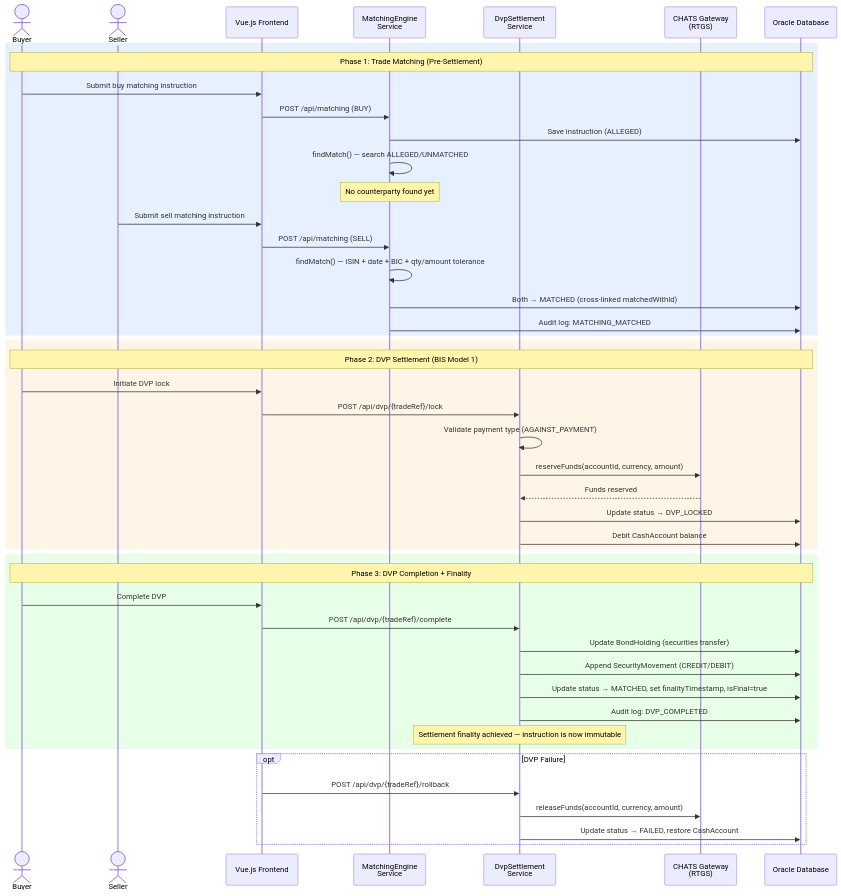
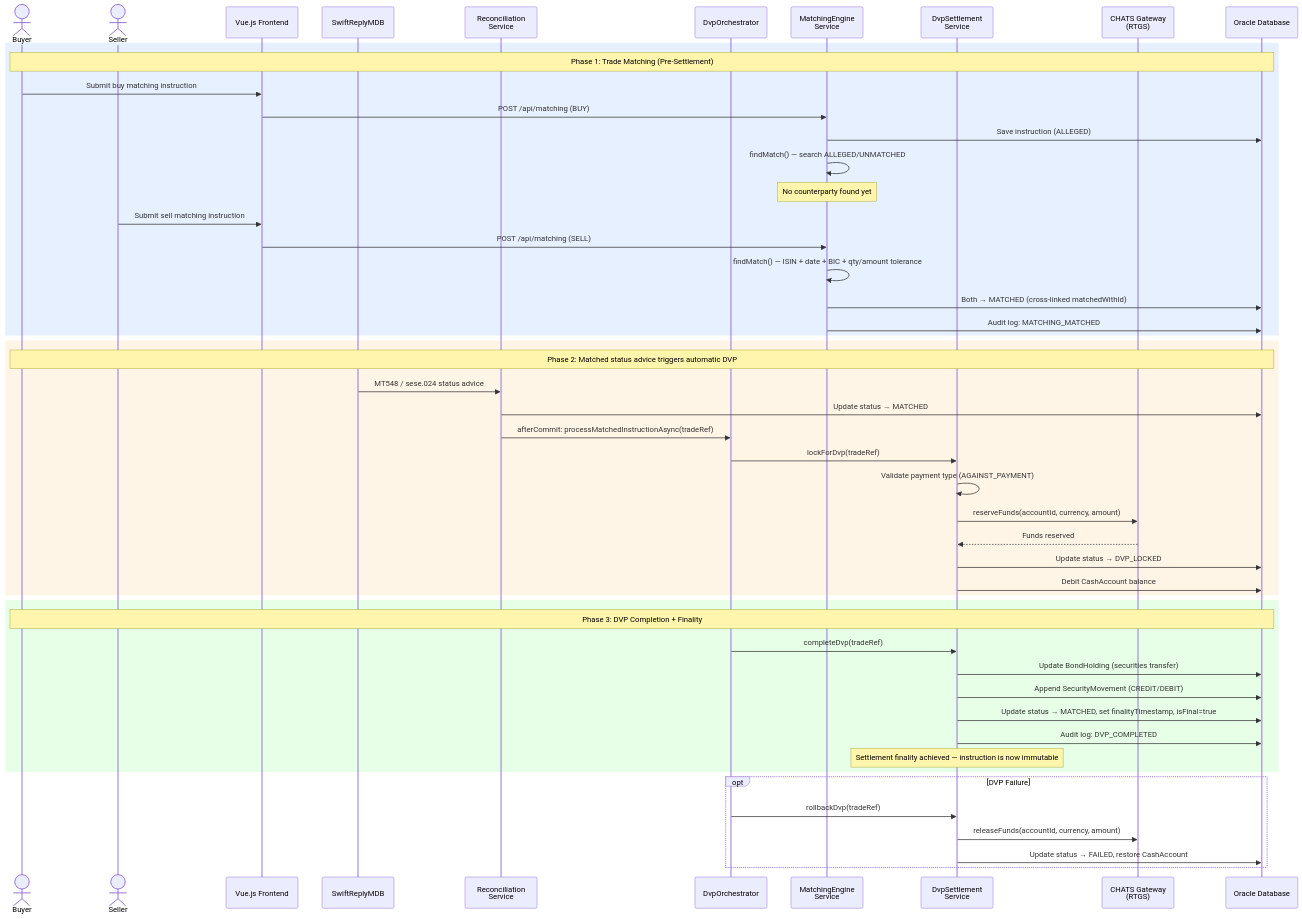
The second of 4 diagrams in README.md (vonsylvia/my-bond-settlement-system), drawn with Mermaid before and after one commit. The commit also changed other lines of this file and 6 other files, not shown here.

````diff
--- a/README.md
+++ b/README.md
@@ -115,53 +115,57 @@
 ```mermaid
 sequenceDiagram
     actor Buyer
     actor Seller
     participant UI as Vue.js Frontend
+    participant MDB as SwiftReplyMDB
+    participant REC as Reconciliation<br/>Service
+    participant ORCH as DvpOrchestrator
     participant MATCH as MatchingEngine<br/>Service
     participant DVP as DvpSettlement<br/>Service
     participant CHATS as CHATS Gateway<br/>(RTGS)
     participant DB as Oracle Database
 
     rect rgb(230, 240, 255)
         Note over Buyer,DB: Phase 1: Trade Matching (Pre-Settlement)
         Buyer->>UI: Submit buy matching instruction
         UI->>MATCH: POST /api/matching (BUY)
         MATCH->>DB: Save instruction (ALLEGED)
         MATCH->>MATCH: findMatch() — search ALLEGED/UNMATCHED
         Note over MATCH: No counterparty found yet
 
         Seller->>UI: Submit sell matching instruction
         UI->>MATCH: POST /api/matching (SELL)
         MATCH->>MATCH: findMatch() — ISIN + date + BIC + qty/amount tolerance
         MATCH->>DB: Both → MATCHED (cross-linked matchedWithId)
         MATCH->>DB: Audit log: MATCHING_MATCHED
     end
 
     rect rgb(255, 245, 230)
-        Note over Buyer,DB: Phase 2: DVP Settlement (BIS Model 1)
-        Buyer->>UI: Initiate DVP lock
-        UI->>DVP: POST /api/dvp/{tradeRef}/lock
+        Note over Buyer,DB: Phase 2: Matched status advice triggers automatic DVP
+        MDB->>REC: MT548 / sese.024 status advice
+        REC->>DB: Update status → MATCHED
+        REC->>ORCH: afterCommit: processMatchedInstructionAsync(tradeRef)
+        ORCH->>DVP: lockForDvp(tradeRef)
         DVP->>DVP: Validate payment type (AGAINST_PAYMENT)
         DVP->>CHATS: reserveFunds(accountId, currency, amount)
         CHATS-->>DVP: Funds reserved
         DVP->>DB: Update status → DVP_LOCKED
         DVP->>DB: Debit CashAccount balance
     end
 
     rect rgb(230, 255, 230)
         Note over Buyer,DB: Phase 3: DVP Completion + Finality
-        Buyer->>UI: Complete DVP
-        UI->>DVP: POST /api/dvp/{tradeRef}/complete
+        ORCH->>DVP: completeDvp(tradeRef)
         DVP->>DB: Update BondHolding (securities transfer)
         DVP->>DB: Append SecurityMovement (CREDIT/DEBIT)
         DVP->>DB: Update status → MATCHED, set finalityTimestamp, isFinal=true
         DVP->>DB: Audit log: DVP_COMPLETED
         Note over DVP: Settlement finality achieved — instruction is now immutable
     end
 
     opt DVP Failure
-        UI->>DVP: POST /api/dvp/{tradeRef}/rollback
+        ORCH->>DVP: rollbackDvp(tradeRef)
         DVP->>CHATS: releaseFunds(accountId, currency, amount)
         DVP->>DB: Update status → FAILED, restore CashAccount
     end
 ```
````
